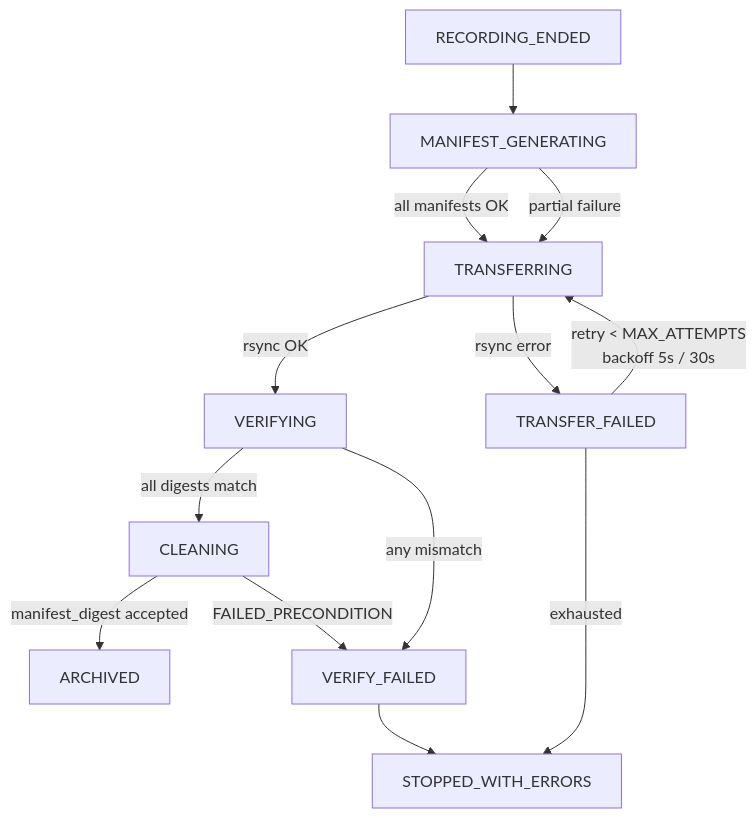
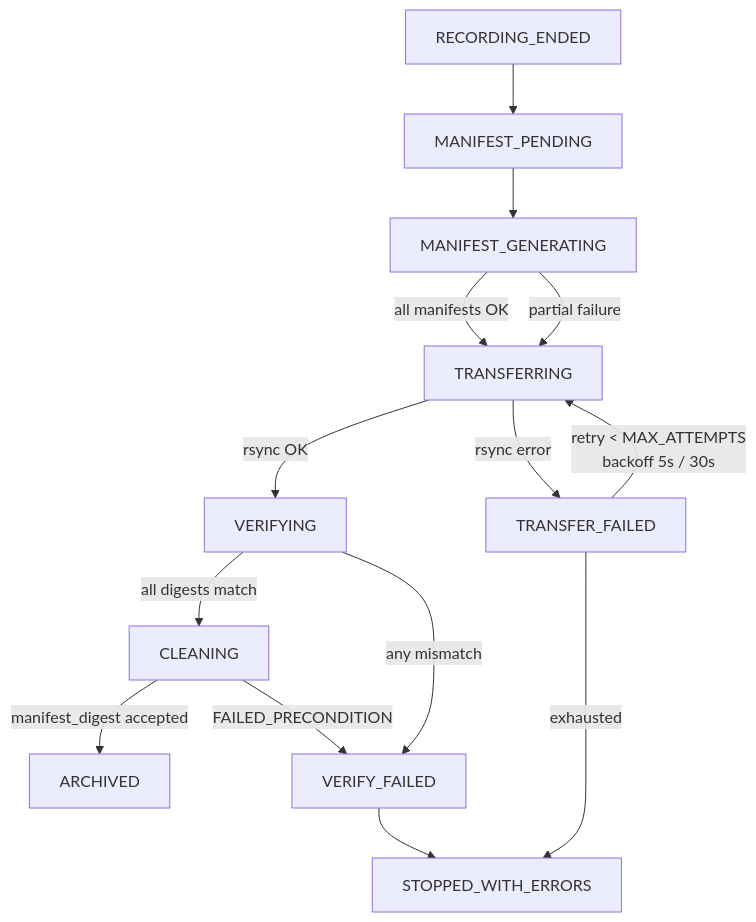
The third of 4 diagrams in control/TRANSACTIONS.md (panoseti/panoseti), drawn with Mermaid before and after one commit. The commit also changed other lines of this file, not shown here.

````diff
--- a/control/TRANSACTIONS.md
+++ b/control/TRANSACTIONS.md
@@ -287,15 +364,16 @@
 ```mermaid
 flowchart TD
-    RE[RECORDING_ENDED] --> MG[MANIFEST_GENERATING]
+    RE[RECORDING_ENDED] --> MP[MANIFEST_PENDING]
+    MP --> MG[MANIFEST_GENERATING]
     MG -- all manifests OK --> TR[TRANSFERRING]
     MG -- partial failure --> TR
     TR -- rsync OK --> VY[VERIFYING]
     TR -- rsync error --> TFail[TRANSFER_FAILED]
     TFail -- retry < MAX_ATTEMPTS\nbackoff 5s / 30s --> TR
     TFail -- exhausted --> SE[STOPPED_WITH_ERRORS]
     VY -- all digests match --> CL[CLEANING]
     VY -- any mismatch --> VF[VERIFY_FAILED]
     VF --> SE
     CL -- manifest_digest accepted --> AR[ARCHIVED]
     CL -- FAILED_PRECONDITION --> VF
 ```
````
